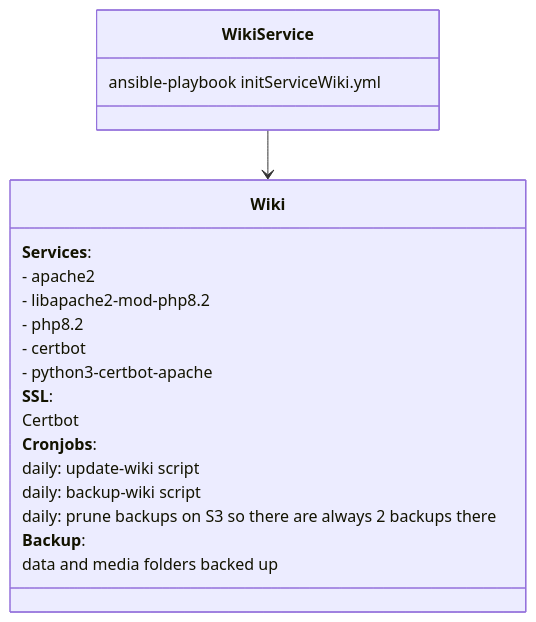
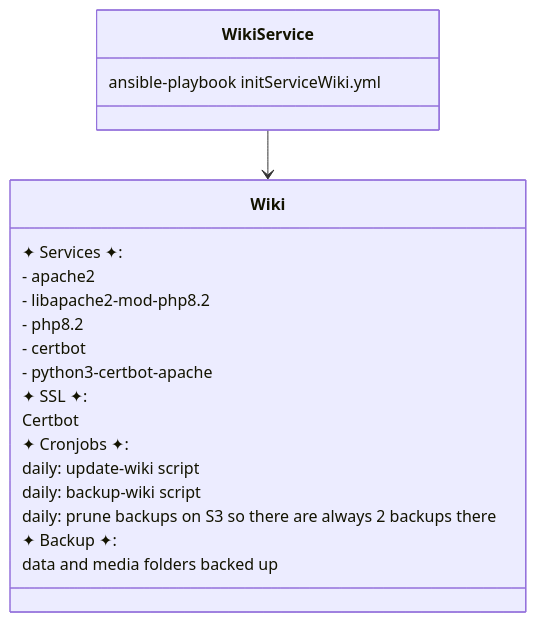
One commit to neighbourhoodie/stf-php-ansible changed the fourth of 5 diagrams in Properties.md. Above: the diagram before and after it, drawn with Mermaid. The commit also changed other lines of this file, not shown here.

````diff
--- a/Properties.md
+++ b/Properties.md
@@ -132,25 +132,25 @@
 ```mermaid
 classDiagram
   class WikiService { ansible-playbook initServiceWiki.yml }
   
   class Wiki {
-    **Services**:
+    ✦ Services ✦:
     - apache2
     - libapache2-mod-php8.2
     - php8.2
     - certbot
     - python3-certbot-apache
 
-    **SSL**:
+    ✦ SSL ✦:
     Certbot
 
-    **Cronjobs**:
+    ✦ Cronjobs ✦:
     daily: update-wiki script
     daily: backup-wiki script
     daily: prune backups on S3 so there are always 2 backups there
-    **Backup**:
+    ✦ Backup ✦:
     data and media folders backed up
   }
 
   WikiService --> Wiki
 ```
````
